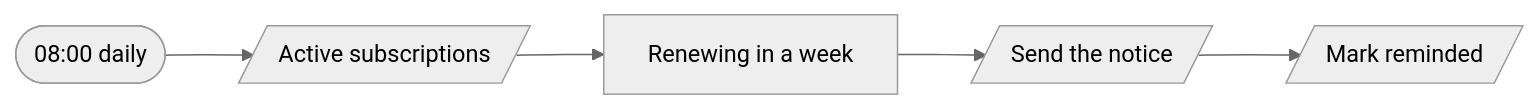
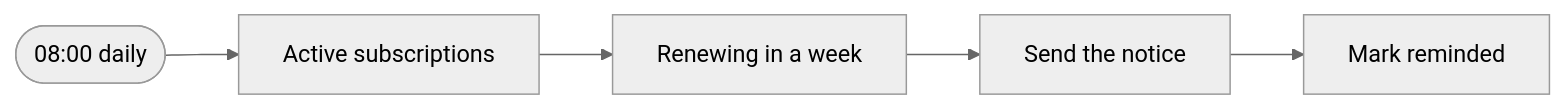
The third of 4 diagrams in workflows/commerce/README.md (kimjoshuadr/n8n-workflows), drawn with Mermaid (neutral theme) before and after one commit. The commit also changed other lines of this file and 184 other files, not shown here.

Commit message:
Finish the move to named platforms: blocks, BambooHR, generated README, schema and platform marks

````diff
--- a/workflows/commerce/README.md
+++ b/workflows/commerce/README.md
@@ -130,12 +130,12 @@
 ```mermaid
 flowchart LR
   n1k1kxc4(["08:00 daily"])
-  n1wseps3[/"Active subscriptions"/]
+  n1wseps3["Active subscriptions"]
   n50z9pm["Renewing in a week"]
-  n1ki2bqw[/"Send the notice"/]
-  n1absg40[/"Mark reminded"/]
+  n1ki2bqw["Send the notice"]
+  n1absg40["Mark reminded"]
   n1k1kxc4 --> n1wseps3
   n1wseps3 --> n50z9pm
   n50z9pm --> n1ki2bqw
   n1ki2bqw --> n1absg40
 ```
````
